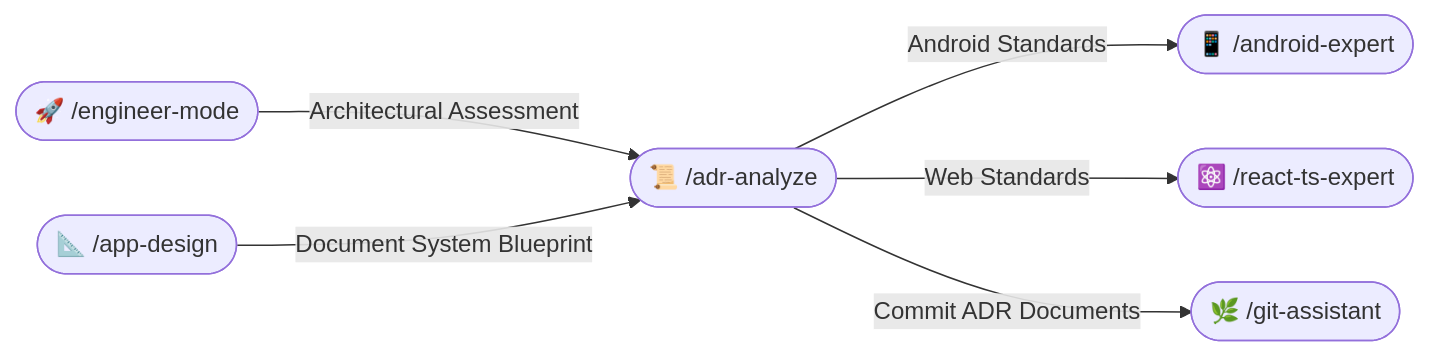
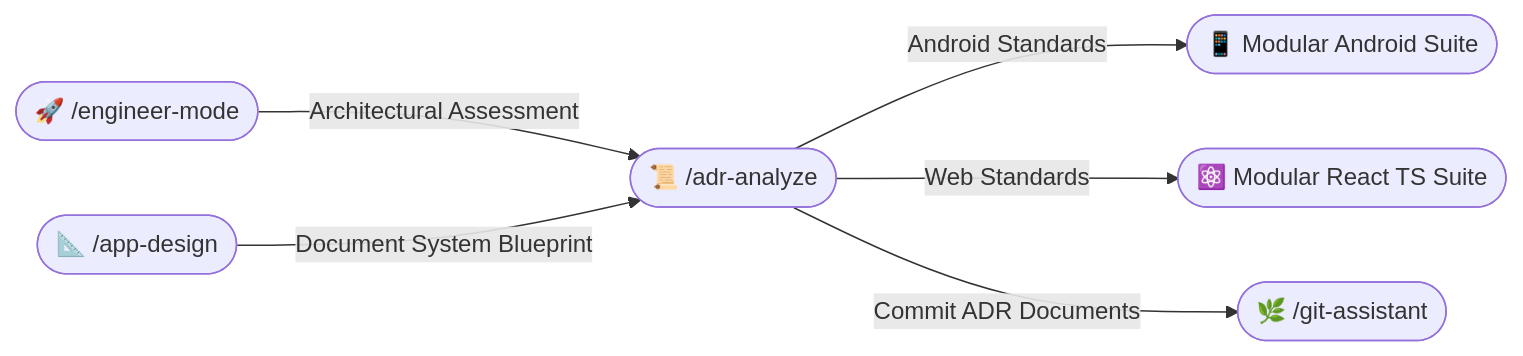
One commit to RidhwanAF/AI-Agent-Skills changed the diagram in diagnostic-skills/adr-analyze/SKILL.md. Above: the diagram before and after it, drawn with Mermaid. The commit also changed 17 other files, not shown here.

````diff
--- a/diagnostic-skills/adr-analyze/SKILL.md
+++ b/diagnostic-skills/adr-analyze/SKILL.md
@@ -14,16 +14,16 @@
 ```mermaid
 flowchart LR
     ADR(["📜 /adr-analyze"])
     
     EM(["🚀 /engineer-mode"])
     AD(["📐 /app-design"])
-    AE(["📱 /android-expert"])
-    RE(["⚛️ /react-ts-expert"])
+    AA(["📱 Modular Android Suite"])
+    RA(["⚛️ Modular React TS Suite"])
     GA(["🌿 /git-assistant"])
 
     EM -->|Architectural Assessment| ADR
     AD -->|Document System Blueprint| ADR
-    ADR -->|Android Standards| AE
-    ADR -->|Web Standards| RE
+    ADR -->|Android Standards| AA
+    ADR -->|Web Standards| RA
     ADR -->|Commit ADR Documents| GA
 ```
````
